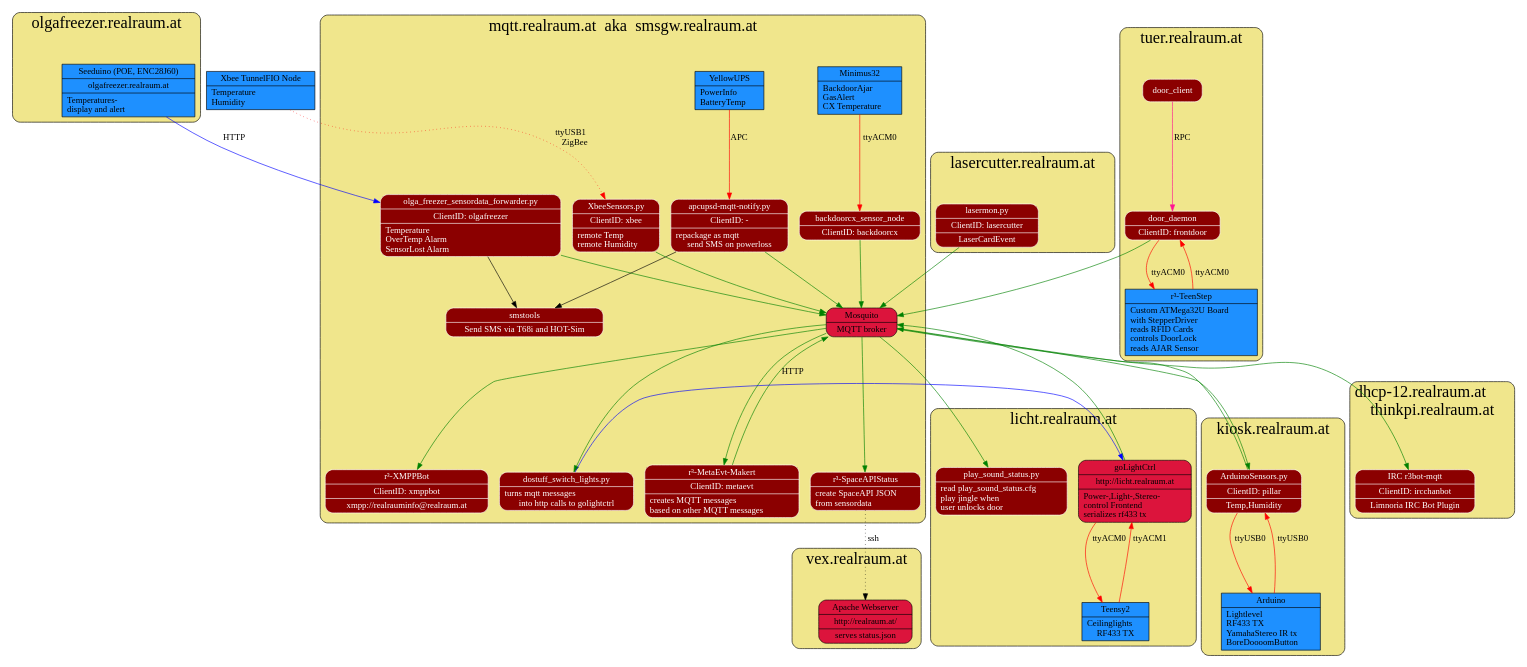
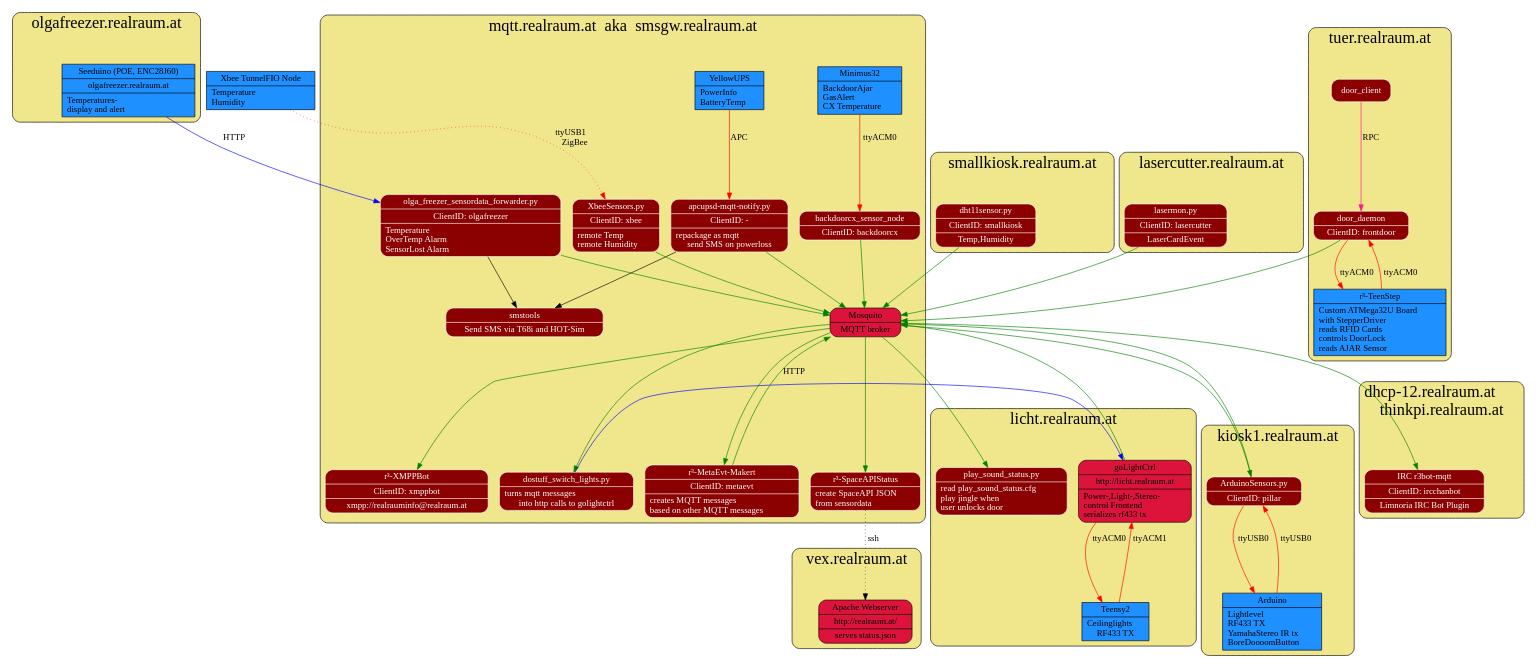
Before and after one commit to btittelbach/r3_sensors_light_power_talk: the diagram in graphs/doorsensors_nodes.dot, drawn with Graphviz. The commit also changed 2 other files, not shown here.

```diff
--- a/graphs/doorsensors_nodes.dot
+++ b/graphs/doorsensors_nodes.dot
@@ -1,148 +1,157 @@
 digraph doorsensornodes {
   fontsize = 26
   fontname = UbuntuMono
   node [ shape = "record", style="rounded,filled" fillcolor=DarkRed target="_graphviz" fontcolor=white color=white]
 
 /**** Nodes and Clusters *****/
 
   subgraph clustervex {
     label = "vex.realraum.at"
     style="rounded,filled"   fillcolor=Khaki
 
     apache [fillcolor="Crimson" fontcolor=Black color=Black  label = "{Apache Webserver|http://realraum.at/|serves status.json}" href="http://realraum.at/status.json"]
   }
 
   subgraph clustermqtt {
     label = "mqtt.realraum.at  aka  smsgw.realraum.at"
     style="rounded,filled"   fillcolor=Khaki
 
     /* Software */
     smstools [label = "{smstools|Send SMS via T68i and HOT-Sim}"]
     mosquito [label = "{Mosquito|MQTT broker}" fillcolor="Crimson" fontcolor=Black color=Black]
     backdoorcx_sensor_node [label="{backdoorcx_sensor_node|ClientID: backdoorcx}" href="https://github.com/realraum/door_and_sensors/tree/master/backdoorcx_sensor_node"]
     r3_metaevt_maker [label="{r³-MetaEvt-Makert|ClientID: metaevt|creates MQTT messages\lbased on other MQTT messages\l}" href="https://github.com/realraum/door_and_sensors/tree/master/r3-metaevt-maker"]
     r3_spaceapistatus [label="{r³-SpaceAPIStatus|create SpaceAPI JSON\lfrom sensordata\l}" href="https://github.com/realraum/door_and_sensors/tree/master/r3-spaceapistatus"]
     r3_xmppbot [label="{r³-XMPPBot|ClientID: xmppbot| xmpp://realrauminfo@realraum.at}" href="https://github.com/realraum/door_and_sensors/tree/master/r3-spaceapistatus"]
     dostuff_switch_lights [label="{dostuff_switch_lights.py|turns mqtt messages\linto http calls to golightctrl}" href="https://github.com/realraum/door_and_sensors/blob/master/scripts/dostuff_switch_lights.py"]
     olga_freezer_sensordata_forwarder  [label="{olga_freezer_sensordata_forwarder.py|ClientID: olgafreezer|Temperature\lOverTemp Alarm\lSensorLost Alarm\l}" href="https://github.com/realraum/door_and_sensors/blob/master/scripts/olga_freezer_sensordata_forwarder.py"]
     apcupsd_mqtt_notify  [label="{apcupsd-mqtt-notify.py|ClientID: -|repackage as mqtt\lsend SMS on powerloss}" href="https://github.com/realraum/door_and_sensors/blob/master/scripts/apcupsd-mqtt-notify.py"]
     xbeesensors [label = "{XbeeSensors.py|ClientID: xbee|remote Temp\lremote Humidity\l}" href="https://github.com/realraum/door_and_sensors/blob/master/scripts/xbeesensors.py"]
 
     /* Hardware */
     backdoorminimus [style="filled" fillcolor="DodgerBlue" color=black fontcolor=black label = "{Minimus32|BackdoorAjar\lGasAlert\lCX Temperature\l}"]
     YellowUPS [style="filled" fillcolor="DodgerBlue" color=black fontcolor=black label = "{YellowUPS|PowerInfo\lBatteryTemp\l}"]
   }
 
   subgraph clustertuer {
     label = "tuer.realraum.at"
     style="rounded,filled"   fillcolor=Khaki
 
     /* Software */
     door_client  [href="https://github.com/realraum/door_and_sensors/tree/master/door_client"]
     door_daemon  [label="{door_daemon|ClientID: frontdoor}" href="https://github.com/realraum/door_and_sensors/tree/master/door_daemon"]
 
     /* Hardware */
     teenstep [style="filled" fillcolor="DodgerBlue" color=black fontcolor=black label = "{r³-TeenStep|Custom ATMega32U Board\lwith StepperDriver\lreads RFID Cards\lcontrols DoorLock\lreads AJAR Sensor\l}" href="https://github.com/realraum/teenstep"]
   }
 
   subgraph clusterlicht {
     label = "licht.realraum.at"
     style="rounded,filled"   fillcolor=Khaki
 
     /* Software */
     golightctrl  [fillcolor="Crimson" fontcolor=Black color=Black label="{goLightCtrl|http://licht.realraum.at|Power-,Light-,Stereo-\lcontrol Frontend\lserializes rf433 tx\l}" href="https://github.com/realraum/deckenlichtschalter/tree/master/linux/golightctrl"]
     play_sound_status  [label="{play_sound_status.py|read play_sound_status.cfg\lplay jingle when\luser unlocks door\l}" href="https://github.com/realraum/door_and_sensors/blob/master/scripts/play-sound-status.py"]
 
     /* Hardware */
     ceilingteensy [style="filled" fillcolor="DodgerBlue" color=black fontcolor=black label = "{Teensy2|Ceilinglights\lRF433 TX}" href="https://github.com/realraum/deckenlichtschalter/tree/master/teensy2"]
   }
 
-  subgraph clusterkiosk {
-    label = "kiosk.realraum.at"
+  subgraph clusterkiosk1 {
+    label = "kiosk1.realraum.at"
     style="rounded,filled"   fillcolor=Khaki
 
     /* Software */
-    arduinosensors [label = "{ArduinoSensors.py|ClientID: pillar|Temp,Humidity}" href="https://github.com/realraum/door_and_sensors/blob/master/scripts/arduinosensors.py"]
+    arduinosensors [label = "{ArduinoSensors.py|ClientID: pillar}" href="https://github.com/realraum/door_and_sensors/blob/master/scripts/arduinosensors.py"]
 
     /* Hardware */
     pillararduino [style="filled" fillcolor="DodgerBlue" color=black fontcolor=black label = "{Arduino|Lightlevel\lRF433 TX\lYamahaStereo IR tx\lBoreDoooomButton\l}"]
+  }
+  
+  subgraph clustersmallkiosk {
+    label = "smallkiosk.realraum.at"
+    style="rounded,filled"   fillcolor=Khaki
+
+    /* Software */
+    smallkioskdht11query [label = "{dht11sensor.py|ClientID: smallkiosk|Temp,Humidity}" href="https://github.com/realraum/door_and_sensors/blob/master/scripts/dht11sensor.py"]
   }
 
   subgraph clusterlaser {
     style="rounded,filled"   fillcolor=Khaki
     label = "lasercutter.realraum.at"
 
     /* Software */
     laserctl [label = "{lasermon.py|ClientID: lasercutter|LaserCardEvent}" href="https://github.com/realraum/laserctl/tree/master/raspberry/laser"]
   }
 
     subgraph clusterolgafreezer {
         style="rounded,filled"   fillcolor=Khaki
         label="olgafreezer.realraum.at"
 
         /* Hardware */
         olgafreezerarduino [style="filled" fillcolor="DodgerBlue" color=black fontcolor=black label = "{Seeduino (POE, ENC28J60)|olgafreezer.realraum.at|Temperatures-\ldisplay and alert\l}" href="https://github.com/realraum/olgafreezer_httpPOEtempsensor"]
     }
 
   subgraph clusterthinkpi {
     label = "dhcp-12.realraum.at\lthinkpi.realraum.at"
     style="rounded,filled"   fillcolor="Khaki"
 
     /* Software */
     ircbot [label = "{IRC r3bot-mqtt|ClientID: ircchanbot|Limnoria IRC Bot Plugin}" href="https://github.com/realraum/r3bot-mqtt"]
   }
 
    /* Hardware */
   outsidexbee [style="filled" fillcolor="DodgerBlue" color=black fontcolor=black label = "{Xbee TunnelFIO Node|Temperature\lHumidity\l}"]
 
 
 /*
   subgraph clustergw {
     style="rounded,filled"   fillcolor=Khaki
     label = "gw.realraum.at"
   }
 */
 
 
 
 /**** Edges *****/
 
  /* Serial Connections */
   pillararduino -> arduinosensors -> pillararduino [label="ttyUSB0" color="red"]
   outsidexbee -> xbeesensors  [label="ttyUSB1\lZigBee" color="red" style="dotted"]
   backdoorminimus -> backdoorcx_sensor_node [label="ttyACM0" color="red"]
   golightctrl -> ceilingteensy [label="ttyACM0" color="red"]
   ceilingteensy -> golightctrl [label="ttyACM1"  color="red"]
   YellowUPS -> apcupsd_mqtt_notify [label="APC"  color="red"]
   teenstep -> door_daemon -> teenstep [label="ttyACM0" color="red"]
 
 /* Shell call, remote shell calls, etc */
   r3_spaceapistatus -> apache [color="black" style="dotted" label="ssh"]
   olga_freezer_sensordata_forwarder -> smstools [color = "black"]
   apcupsd_mqtt_notify -> smstools [color = "black"]
 
 /* MQTT Messages */
   backdoorcx_sensor_node -> mosquito [color = "green"]
   mosquito -> r3_metaevt_maker -> mosquito  [color = "green"]
   mosquito -> r3_spaceapistatus  [color = "green"]
   mosquito -> r3_xmppbot  [color = "green"]
   mosquito -> dostuff_switch_lights  [color = "green"]
   olga_freezer_sensordata_forwarder -> mosquito  [color = "green"]
   apcupsd_mqtt_notify -> mosquito  [color = "green"]
   door_daemon -> mosquito  [color = "green"]
   golightctrl -> mosquito  [color = "green"]
   mosquito -> arduinosensors  [color = "green"]
   arduinosensors -> mosquito  [color = "green"]
+  smallkioskdht11query -> mosquito  [color = "green"]
   xbeesensors -> mosquito  [color = "green"]
   laserctl -> mosquito  [color = "green"]
   mosquito -> play_sound_status  [color = "green"]
   mosquito -> ircbot  [color = "green"]
 
 /* RPC */
   door_client -> door_daemon [label="RPC" color="DeepPink"]
 
 /* HTTP */
 olgafreezerarduino -> olga_freezer_sensordata_forwarder  [label="HTTP" color="Blue"]
 dostuff_switch_lights -> golightctrl [label="HTTP" color="Blue"]
 
 }
```
